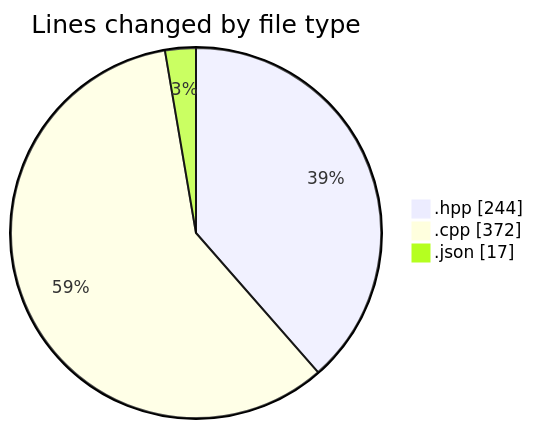
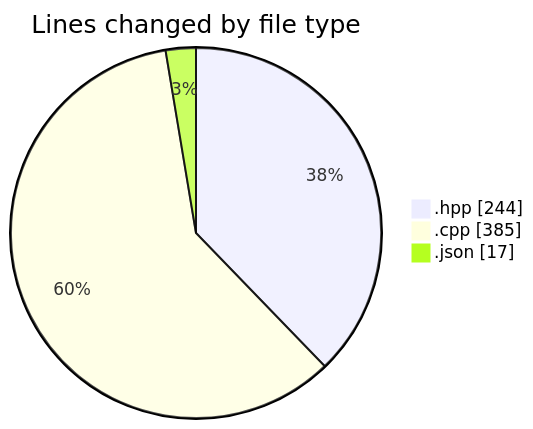
Before and after one commit to Netris89/code-tracking: the first of 2 diagrams in 2025-05-03/date/README.md, drawn with Mermaid. The commit also changed other lines of this file and 1 other file, not shown here.

````diff
--- a/2025-05-03/date/README.md
+++ b/2025-05-03/date/README.md
@@ -29,7 +29,7 @@
 ```mermaid
 pie showData
 title Lines changed by file type
 ".hpp" : 244
-".cpp" : 372
+".cpp" : 385
 ".json" : 17
 ```
````
